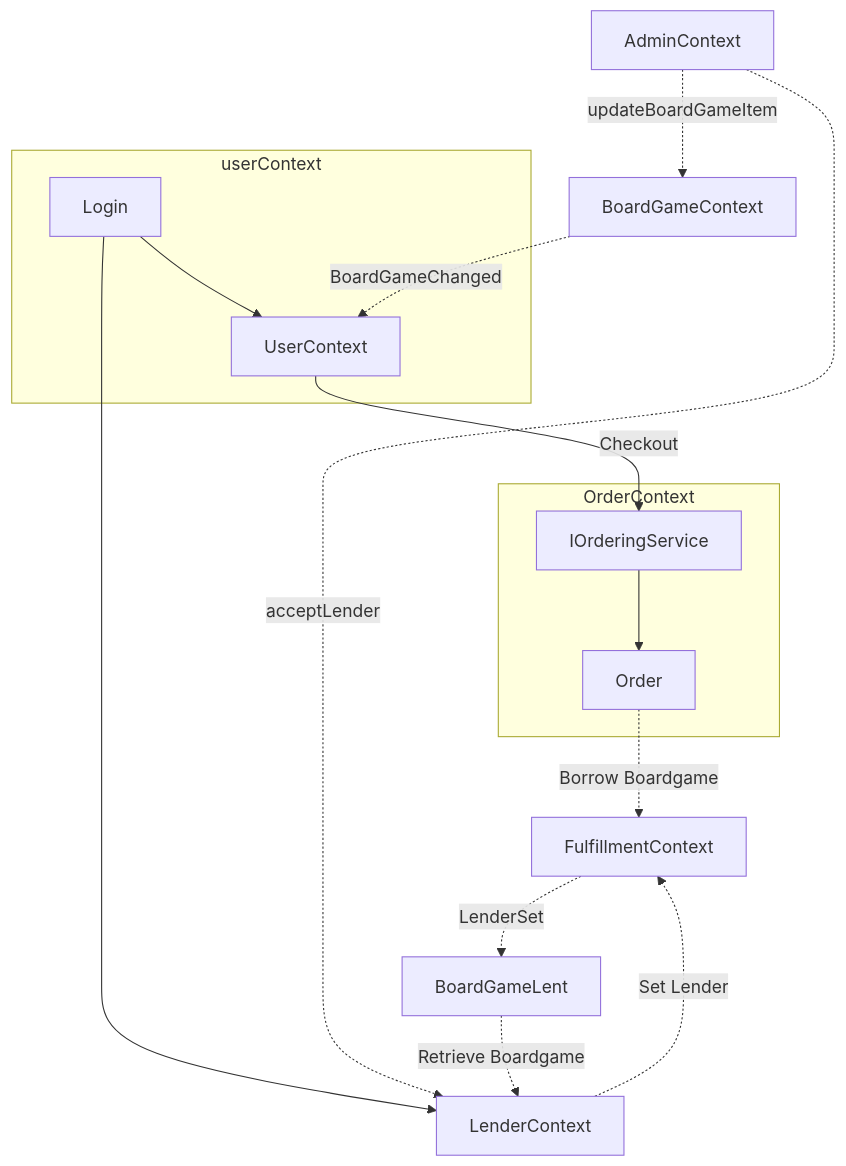
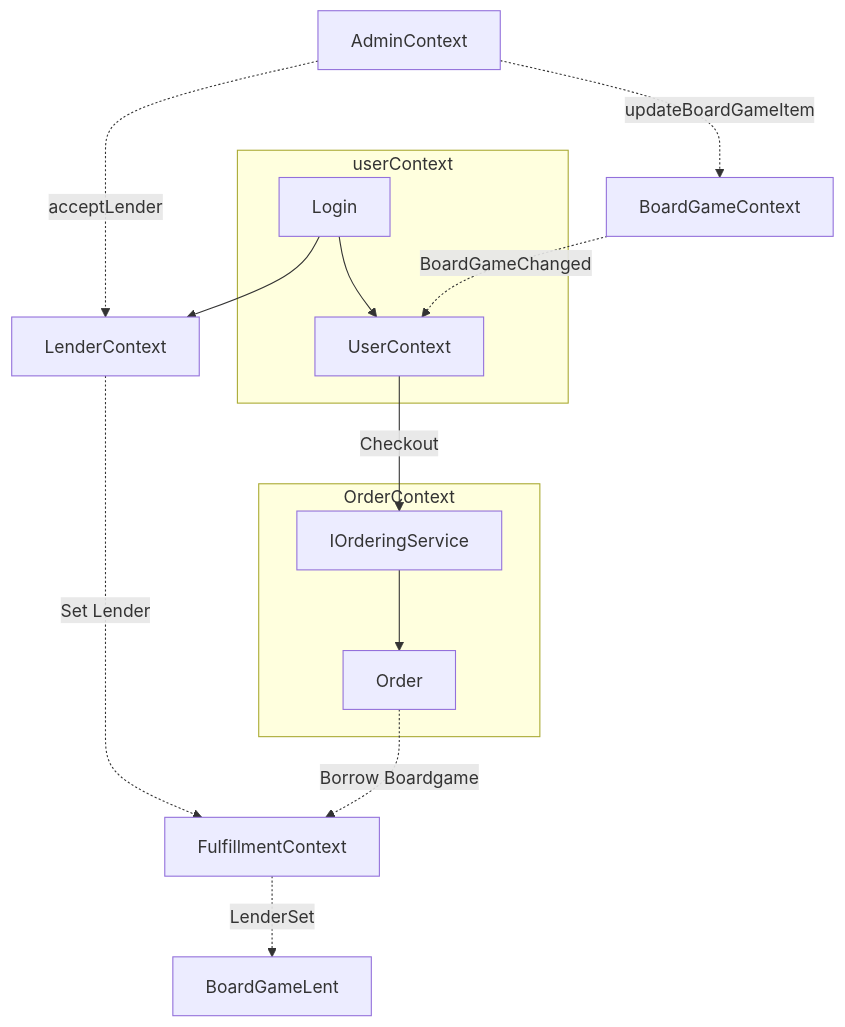
The diagram in Utlån_Konvensjonell/Utlånssystem_Konvensjonell/Design.md (Mancorl/Datbac-Prosjekt), drawn with Mermaid before and after one commit.

Commit message:
FLowchart ferdig?

````diff
--- a/Utlån_Konvensjonell/Utlånssystem_Konvensjonell/Design.md
+++ b/Utlån_Konvensjonell/Utlånssystem_Konvensjonell/Design.md
@@ -3,28 +3,28 @@
 ```mermaid
 flowchart TB
  subgraph OrderContext["OrderContext"]
         Order["Order"]
         IOrderingService["IOrderingService"]
   end
   subgraph userContext
     login[Login] 
     login --> user[UserContext] 
   end
     
     login --> Lender[LenderContext]  
 
     admin[AdminContext] -. updateBoardGameItem .-> BoardGameContext
     admin -. acceptLender .-> Lender
 
     BoardGameContext["BoardGameContext"] -. BoardGameChanged .-> user
     user -- Checkout --> IOrderingService
     IOrderingService --> Order
 
     Lender -. Set Lender .-> FulfillmentContext
 
     FulfillmentContext -. LenderSet .-> BoardGameLent
     Order -. Borrow Boardgame .-> FulfillmentContext
-  BoardGameLent -. Retrieve Boardgame .-> Lender[LenderContext]
+
     
 
 ```
````
